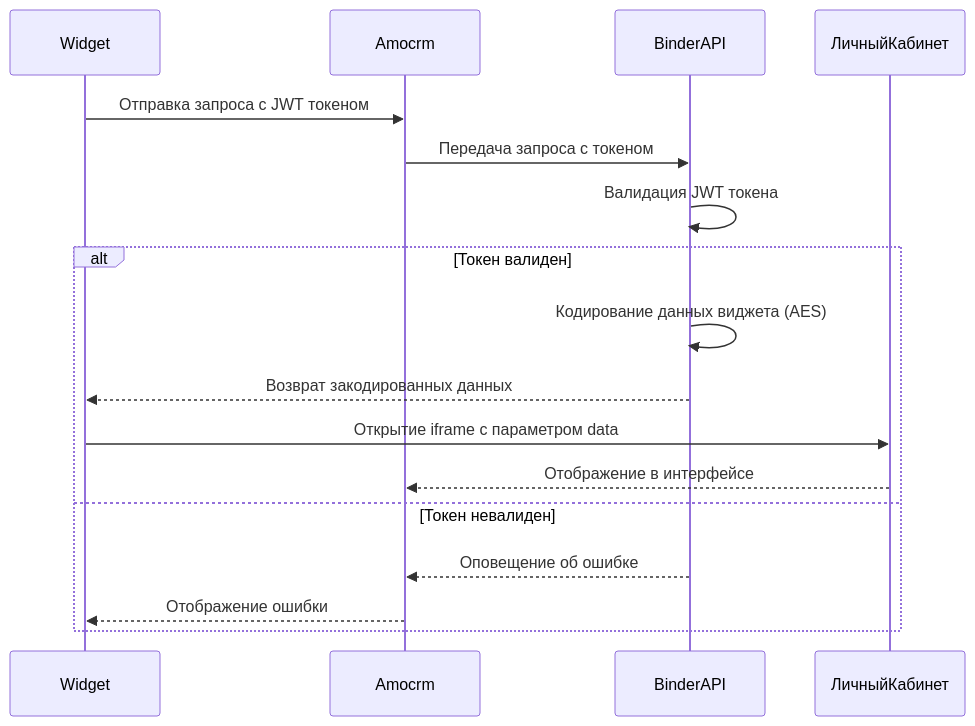
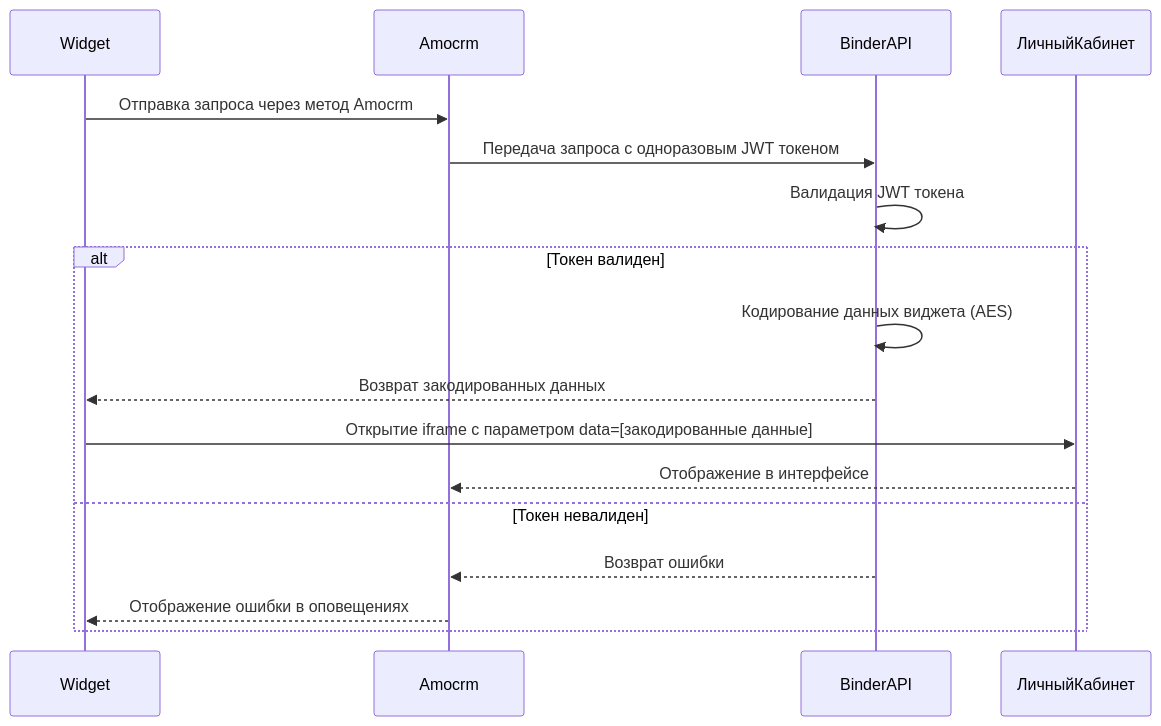
The diagram in crm/amocrm/widget.md (john252525/docs-apitter), drawn with Mermaid before and after one commit.

Commit message:
fix: widget diagram

````diff
--- a/crm/amocrm/widget.md
+++ b/crm/amocrm/widget.md
@@ -5,21 +5,21 @@
 ```mermaid
 sequenceDiagram
     participant Widget
     participant Amocrm
     participant BinderAPI
     participant ЛичныйКабинет
 
-    Widget->>Amocrm: Отправка запроса с JWT токеном
-    Amocrm->>BinderAPI: Передача запроса с токеном
-    
+    Widget->>Amocrm: Отправка запроса через метод Amocrm
+    Amocrm->>BinderAPI: Передача запроса с одноразовым JWT токеном
+
     BinderAPI->>BinderAPI: Валидация JWT токена
     alt Токен валиден
         BinderAPI->>BinderAPI: Кодирование данных виджета (AES)
         BinderAPI-->>Widget: Возврат закодированных данных
-        Widget->>ЛичныйКабинет: Открытие iframe с параметром data
+        Widget->>ЛичныйКабинет: Открытие iframe с параметром data=[закодированные данные]
         ЛичныйКабинет-->>Amocrm: Отображение в интерфейсе
     else Токен невалиден
-        BinderAPI-->>Amocrm: Оповещение об ошибке
-        Amocrm-->>Widget: Отображение ошибки
+        BinderAPI-->>Amocrm: Возврат ошибки
+        Amocrm-->>Widget: Отображение ошибки в оповещениях
     end
 ```
````
